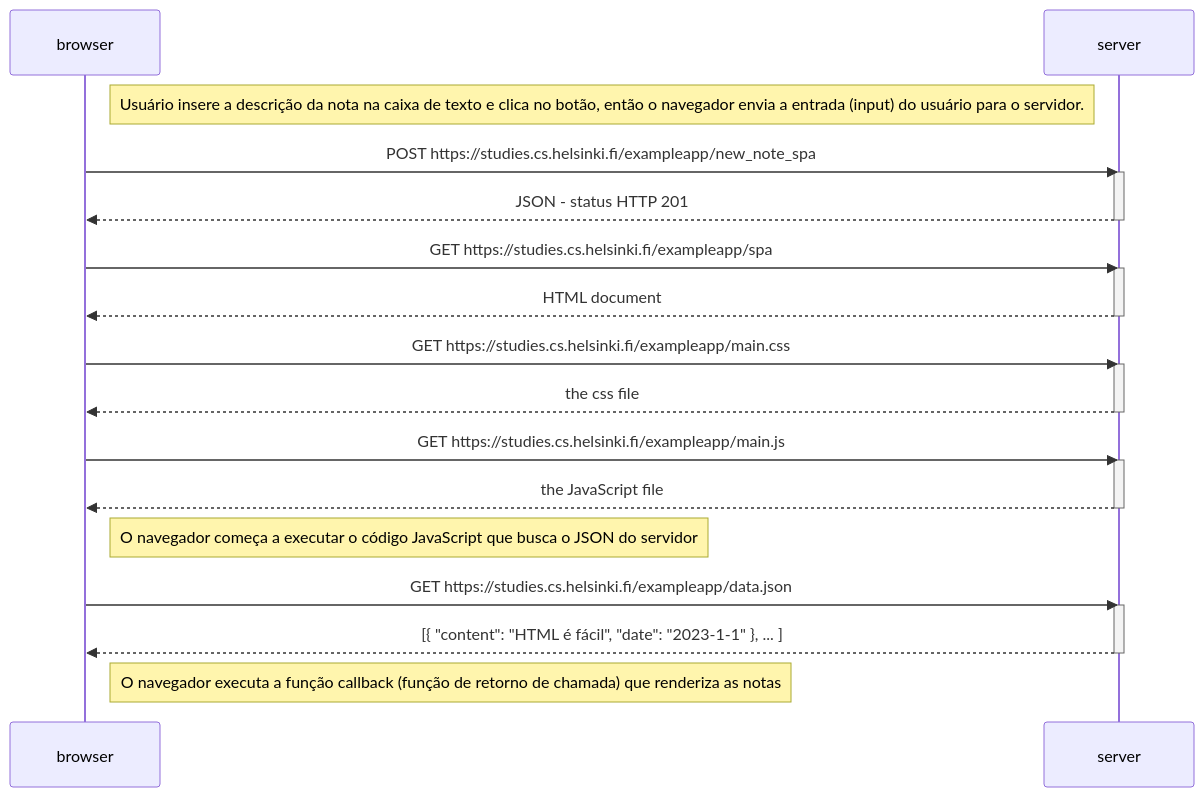
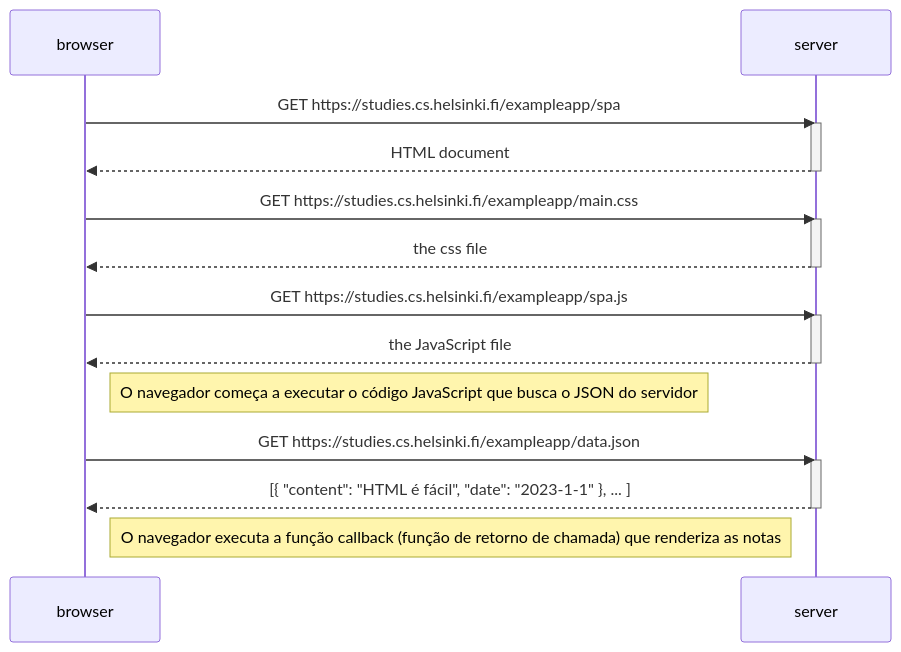
One commit to emanuel-silva-paiva/Curso_React-Universidade_de_Helsinki changed the diagram in part 0/0.5 - Diagrama de SPA.mmd. Above: the diagram before and after it, drawn with Mermaid.

Commit message:
Update sequence diagram for SPA interactions
Removed note about user input and updated JavaScript file request.

```diff
--- a/part 0/0.5 - Diagrama de SPA.mmd
+++ b/part 0/0.5 - Diagrama de SPA.mmd
@@ -1,34 +1,27 @@
 sequenceDiagram
     participant browser
     participant server	
-
-    Note left of server: Usuário insere a descrição da nota na caixa de texto e clica no botão, então o navegador envia a entrada (input) do usuário para o servidor.
-
-    browser->>server: POST https://studies.cs.helsinki.fi/exampleapp/new_note_spa
-    activate server
-    server-->>browser: JSON - status HTTP 201
-    deactivate server
 
     browser->>server: GET https://studies.cs.helsinki.fi/exampleapp/spa
     activate server
     server-->>browser: HTML document
     deactivate server
 
     browser->>server: GET https://studies.cs.helsinki.fi/exampleapp/main.css
     activate server
     server-->>browser: the css file
     deactivate server
 
-    browser->>server: GET https://studies.cs.helsinki.fi/exampleapp/main.js
+    browser->>server: GET https://studies.cs.helsinki.fi/exampleapp/spa.js
     activate server
     server-->>browser: the JavaScript file
     deactivate server
 
     Note right of browser: O navegador começa a executar o código JavaScript que busca o JSON do servidor
 
     browser->>server: GET https://studies.cs.helsinki.fi/exampleapp/data.json
     activate server
     server-->>browser: [{ "content": "HTML é fácil", "date": "2023-1-1" }, ... ]
     deactivate server
 
     Note right of browser: O navegador executa a função callback (função de retorno de chamada) que renderiza as notas
```
